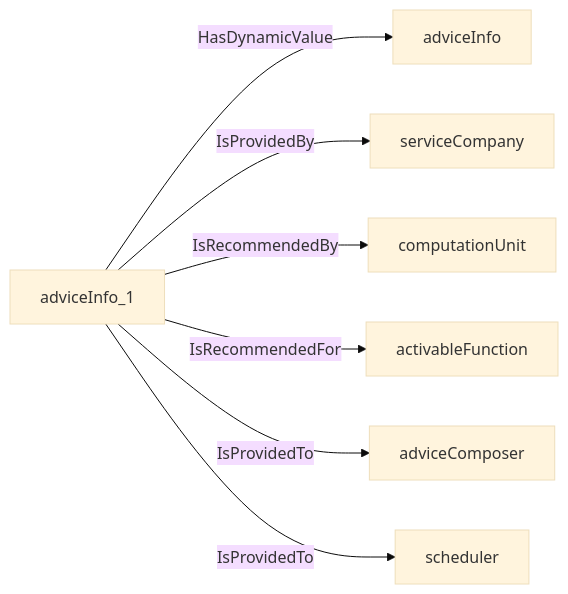
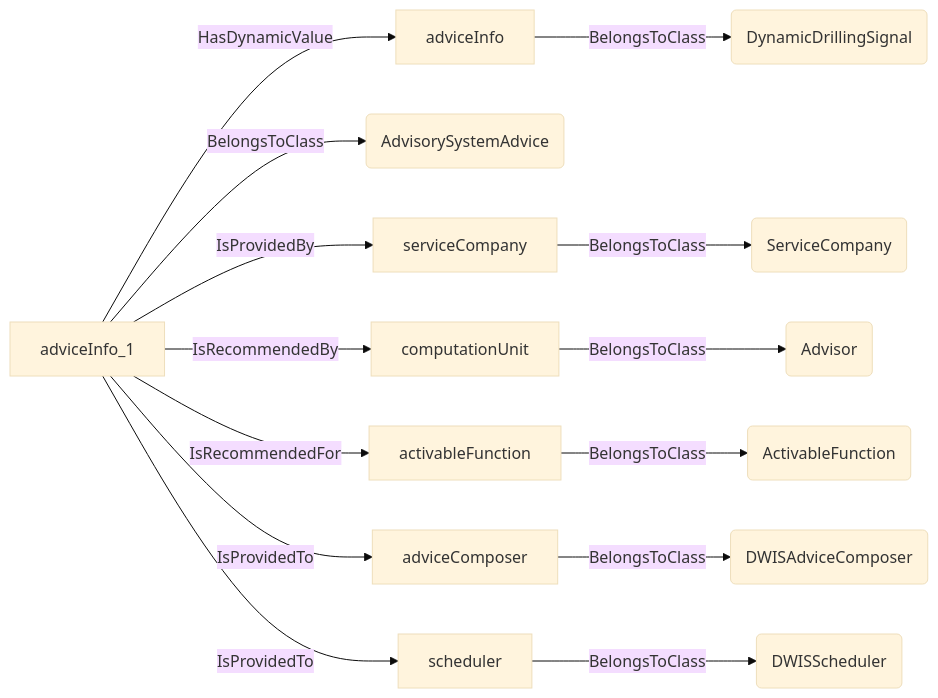
One commit to D-WIS/DDHub-Semantic-Interoperability changed the second of 42 diagrams in docs/vocabulary_development/auto-generated/md/definition-files/AdvisorySystemAdvice.md. Above: the diagram before and after it, drawn with Mermaid (base theme). The commit also changed other lines of this file and 14 other files, not shown here.

````diff
--- a/docs/vocabulary_development/auto-generated/md/definition-files/AdvisorySystemAdvice.md
+++ b/docs/vocabulary_development/auto-generated/md/definition-files/AdvisorySystemAdvice.md
@@ -41,9 +41,16 @@
 ```mermaid
 graph LR
-	N0000[adviceInfo_1] -->|HasDynamicValue| N0001[adviceInfo] 
-	N0000[adviceInfo_1] -->|IsProvidedBy| N0002[serviceCompany] 
-	N0000[adviceInfo_1] -->|IsRecommendedBy| N0003[computationUnit] 
-	N0000[adviceInfo_1] -->|IsRecommendedFor| N0004[activableFunction] 
-	N0000[adviceInfo_1] -->|IsProvidedTo| N0005[adviceComposer] 
-	N0000[adviceInfo_1] -->|IsProvidedTo| N0006[scheduler] 
+	N0000[adviceInfo] -->|BelongsToClass| N0001(DynamicDrillingSignal) 
+	N0002[adviceInfo_1] -->|BelongsToClass| N0003(AdvisorySystemAdvice) 
+	N0002[adviceInfo_1] -->|HasDynamicValue| N0000[adviceInfo] 
+	N0004[serviceCompany] -->|BelongsToClass| N0005(ServiceCompany) 
+	N0002[adviceInfo_1] -->|IsProvidedBy| N0004[serviceCompany] 
+	N0006[computationUnit] -->|BelongsToClass| N0007(Advisor) 
+	N0002[adviceInfo_1] -->|IsRecommendedBy| N0006[computationUnit] 
+	N0008[activableFunction] -->|BelongsToClass| N0009(ActivableFunction) 
+	N0002[adviceInfo_1] -->|IsRecommendedFor| N0008[activableFunction] 
+	N0010[adviceComposer] -->|BelongsToClass| N0011(DWISAdviceComposer) 
+	N0002[adviceInfo_1] -->|IsProvidedTo| N0010[adviceComposer] 
+	N0012[scheduler] -->|BelongsToClass| N0013(DWISScheduler) 
+	N0002[adviceInfo_1] -->|IsProvidedTo| N0012[scheduler] 
 ```
````
